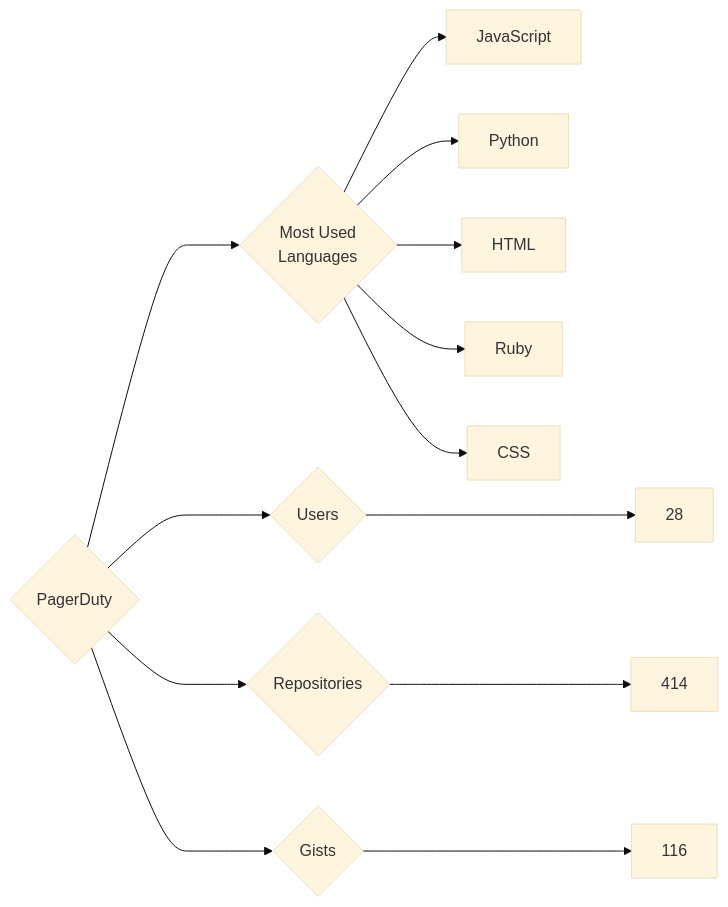
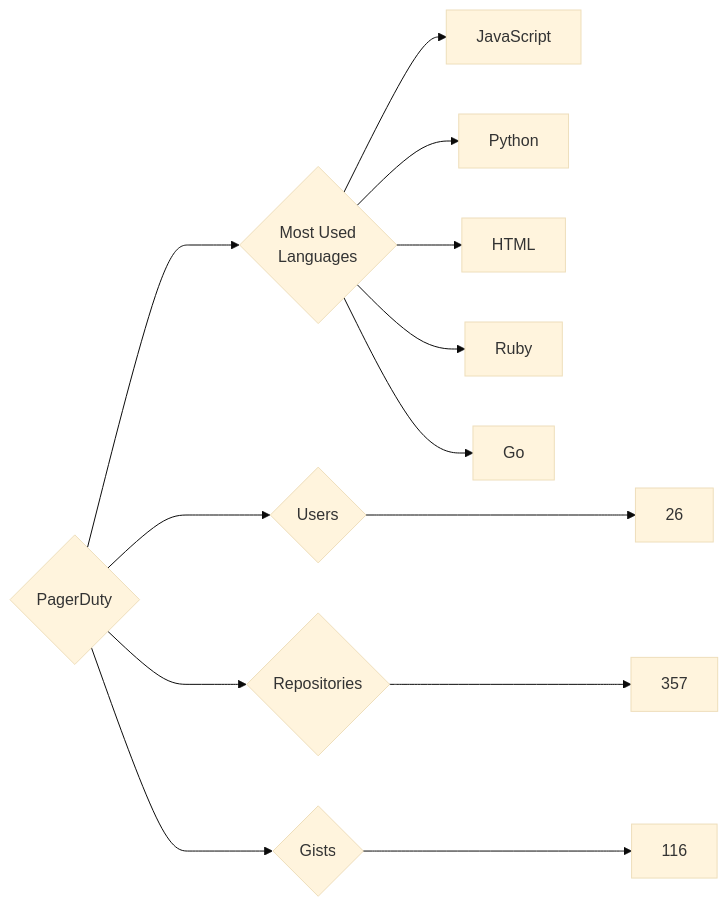
One commit to trickest/insiders changed the diagram in targets/PagerDuty/README.md. Above: the diagram before and after it, drawn with Mermaid (base theme). The commit also changed 829 other files, not shown here.

````diff
--- a/targets/PagerDuty/README.md
+++ b/targets/PagerDuty/README.md
@@ -3,13 +3,13 @@
 ```mermaid
 graph LR
 COMPANY_NAME{PagerDuty}
-COMPANY_NAME ---> U{Users} ---> UN[28]
-COMPANY_NAME ---> R{Repositories} ---> RN[414]
+COMPANY_NAME ---> U{Users} ---> UN[26]
+COMPANY_NAME ---> R{Repositories} ---> RN[357]
 COMPANY_NAME ---> G{Gists} ---> GN[116]
 COMPANY_NAME ---> ML{Most Used<br>Languages}
 ML --> JavaScript[JavaScript]
 ML --> Python[Python]
 ML --> HTML[HTML]
 ML --> Ruby[Ruby]
-ML --> CSS[CSS]
+ML --> Go[Go]
 ```
````
